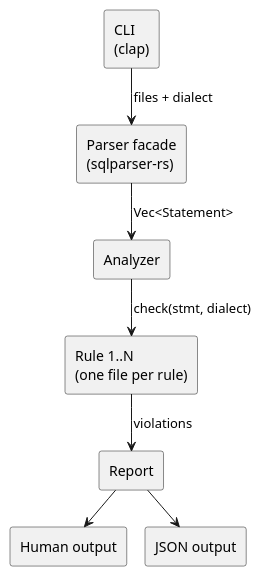
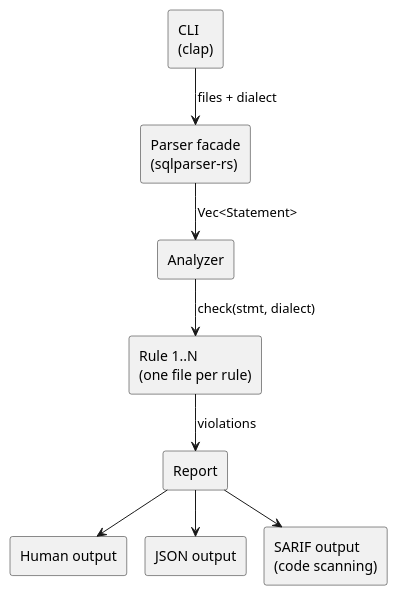
Before and after one commit to CLVwp/SastQL: the diagram in docs/uml/components.puml, drawn with PlantUML. The commit also changed 8 other files, not shown here.

First line of the commit message:
feat: SARIF output (--format sarif) + ready-made GitHub Action (#19)

```diff
--- a/docs/uml/components.puml
+++ b/docs/uml/components.puml
@@ -1,19 +1,21 @@
 @startuml components
 !pragma layout smetana
 skinparam componentStyle rectangle
 
 component "CLI\n(clap)" as cli
 component "Parser facade\n(sqlparser-rs)" as parser
 component "Analyzer" as analyzer
 component "Rule 1..N\n(one file per rule)" as rules
 component "Report" as report
 component "Human output" as human
 component "JSON output" as json
+component "SARIF output\n(code scanning)" as sarif
 
 cli --> parser : files + dialect
 parser --> analyzer : Vec<Statement>
 analyzer --> rules : check(stmt, dialect)
 rules --> report : violations
 report --> human
 report --> json
+report --> sarif
 @enduml
```
